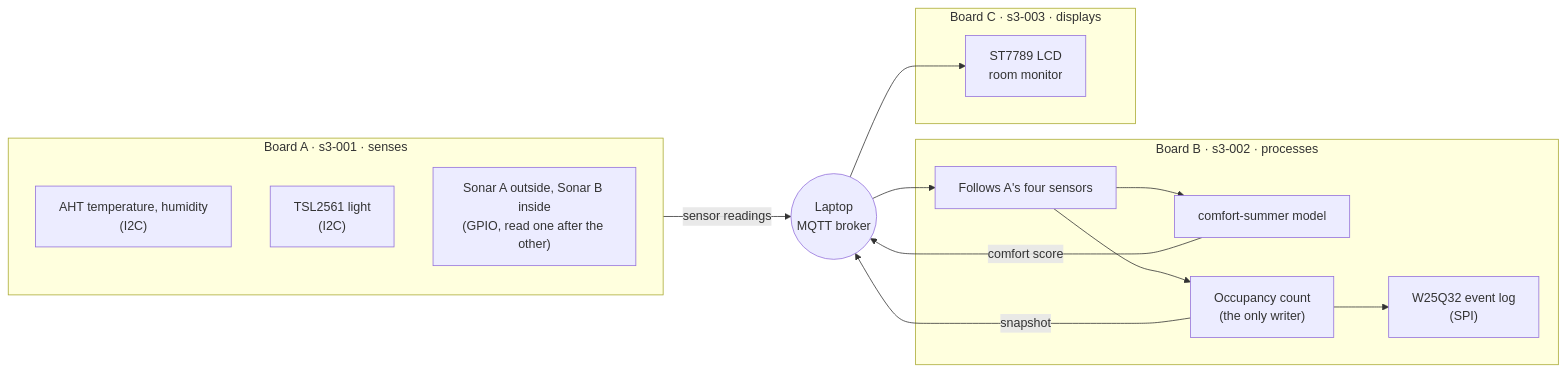
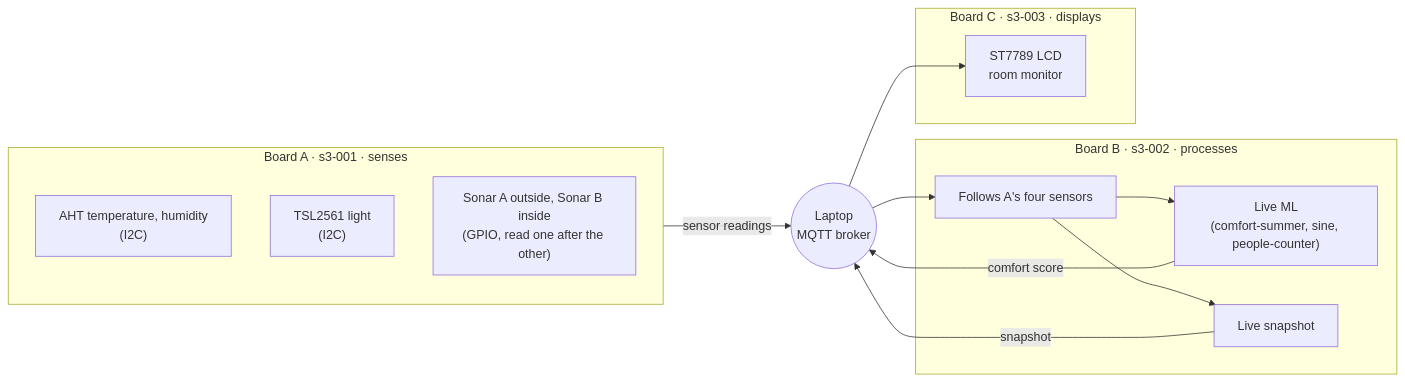
Before and after one commit to junyonggoh2004/EMBSYS-P2-AAI15: the third of 6 diagrams in README.md, drawn with Mermaid. The commit also changed other lines of this file and 6 other files, not shown here.

````diff
--- a/README.md
+++ b/README.md
@@ -714,26 +712,24 @@
 ```mermaid
 flowchart LR
     subgraph A["Board A · s3-001 · senses"]
         AHT["AHT temperature, humidity<br/>(I2C)"]
         TSL["TSL2561 light<br/>(I2C)"]
         SON["Sonar A outside, Sonar B inside<br/>(GPIO, read one after the other)"]
     end
     BROKER(("Laptop<br/>MQTT broker"))
     subgraph B["Board B · s3-002 · processes"]
         FOL["Follows A's four sensors"]
-        ML["comfort-summer model"]
-        CNT["Occupancy count<br/>(the only writer)"]
-        LOG["W25Q32 event log<br/>(SPI)"]
+        ML["Live ML<br/>(comfort-summer, sine, people-counter)"]
+        SNAP["Live snapshot"]
     end
     subgraph C["Board C · s3-003 · displays"]
         LCD["ST7789 LCD<br/>room monitor"]
     end
     A -- "sensor readings" --> BROKER
     BROKER --> FOL
     FOL --> ML
-    FOL --> CNT
-    CNT --> LOG
+    FOL --> SNAP
     ML -- "comfort score" --> BROKER
-    CNT -- "snapshot" --> BROKER
+    SNAP -- "snapshot" --> BROKER
     BROKER --> LCD
 ```
````
